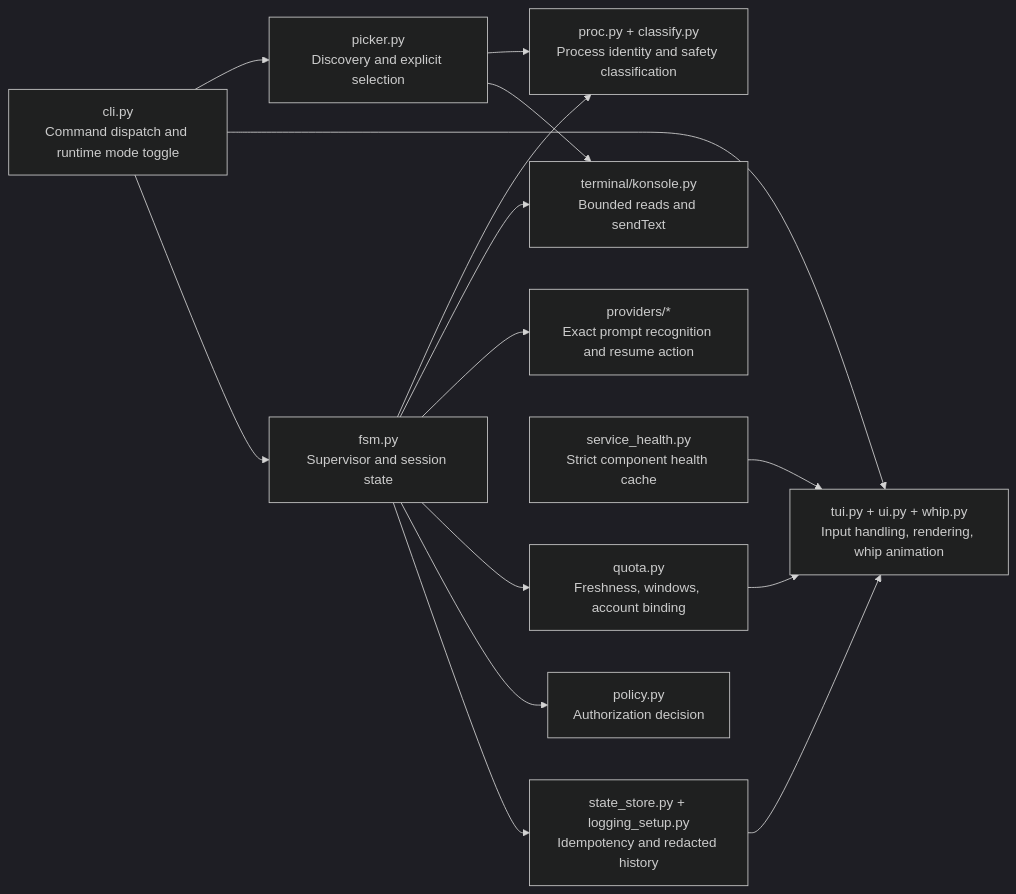
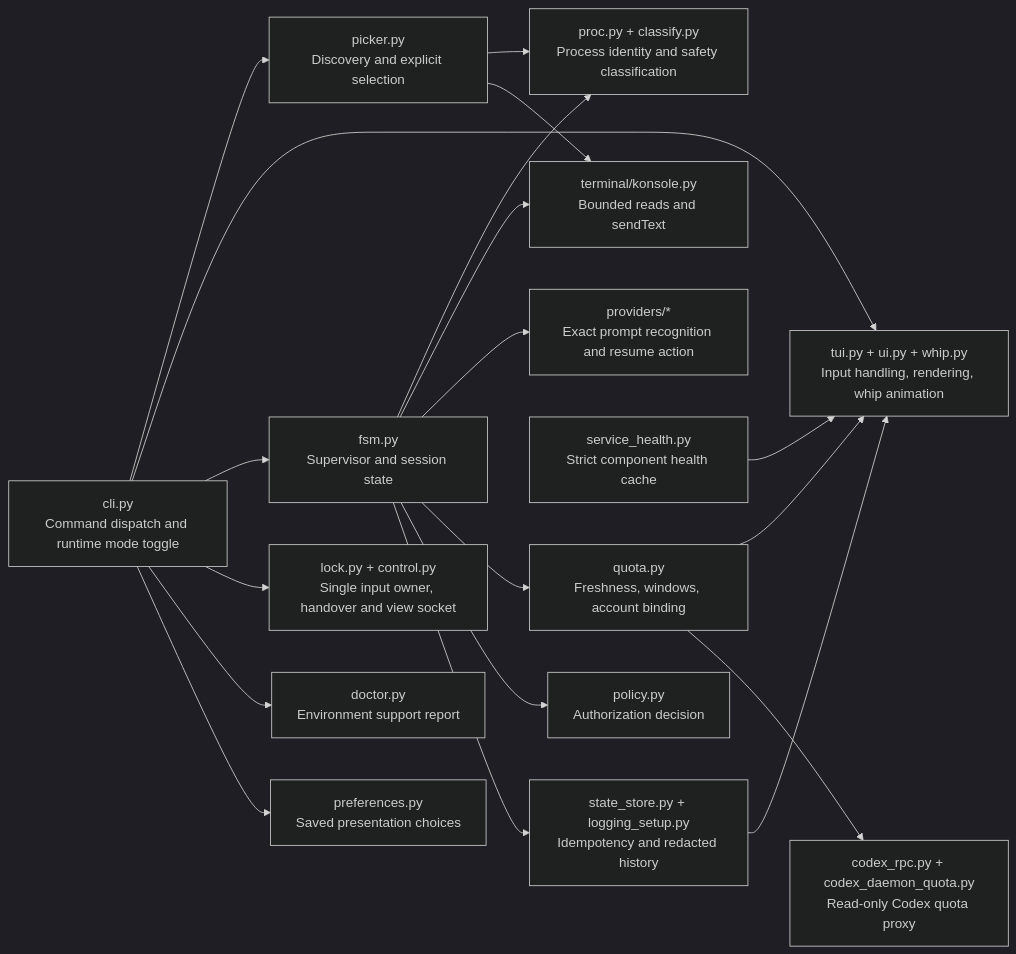
One commit to marcelpetrick/AgentWhileTrue changed the third of 7 diagrams in docs/ARCHITECTURE.md. Above: the diagram before and after it, drawn with Mermaid (dark theme). The commit also changed other lines of this file and 6 other files, not shown here.

````diff
--- a/docs/ARCHITECTURE.md
+++ b/docs/ARCHITECTURE.md
@@ -150,29 +150,37 @@
 ```mermaid
 flowchart LR
     command["cli.py<br/>Command dispatch and runtime mode toggle"]
     picker["picker.py<br/>Discovery and explicit selection"]
     tui["tui.py + ui.py + whip.py<br/>Input handling, rendering, whip animation"]
     fsm["fsm.py<br/>Supervisor and session state"]
     classify["proc.py + classify.py<br/>Process identity and safety classification"]
     terminal["terminal/konsole.py<br/>Bounded reads and sendText"]
     provider["providers/*<br/>Exact prompt recognition and resume action"]
     quota["quota.py<br/>Freshness, windows, account binding"]
     health["service_health.py<br/>Strict component health cache"]
     policy["policy.py<br/>Authorization decision"]
     store["state_store.py + logging_setup.py<br/>Idempotency and redacted history"]
+    control["lock.py + control.py<br/>Single input owner, handover and view socket"]
+    codexq["codex_rpc.py + codex_daemon_quota.py<br/>Read-only Codex quota proxy"]
+    prefs["preferences.py<br/>Saved presentation choices"]
+    doctor["doctor.py<br/>Environment support report"]
 
     command --> picker
     command --> tui
     command --> fsm
     picker --> classify
     picker --> terminal
     fsm --> classify
     fsm --> terminal
     fsm --> provider
     fsm --> quota
     fsm --> policy
     fsm --> store
     health --> tui
     quota --> tui
     store --> tui
+    command --> control
+    command --> doctor
+    command --> prefs
+    quota --> codexq
 ```
````
